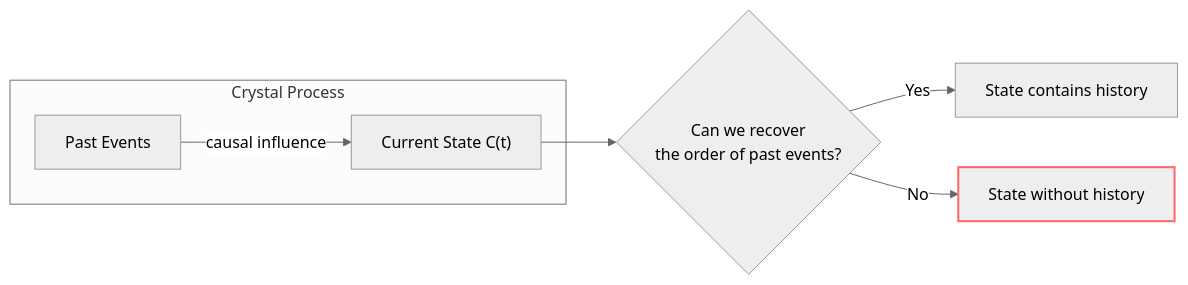
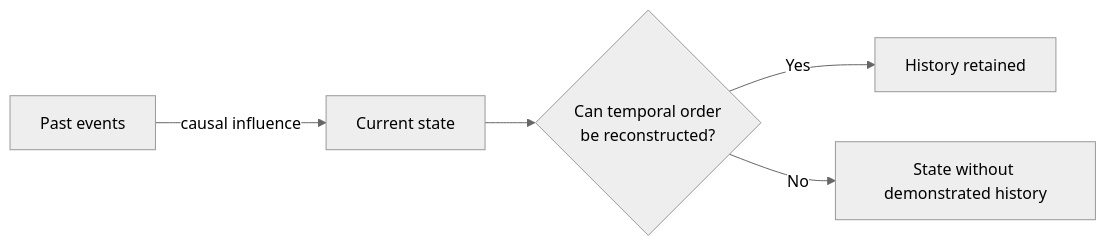
The fourth of 5 diagrams in content/books/digital-life/14-the-digital-crystal/index.md (ernanhughes/Digital-Life), drawn with Mermaid (neutral theme) before and after one commit. The commit also changed other lines of this file, not shown here.

````diff
--- a/content/books/digital-life/14-the-digital-crystal/index.md
+++ b/content/books/digital-life/14-the-digital-crystal/index.md
@@ -886,10 +1333,7 @@
 ```mermaid
 flowchart LR
-    subgraph Crystal Process
-    A[Past Events] -->|causal influence| B["Current State C(t)"]
-    end
-    B --> C{Can we recover<br/>the order of past events?}
-    C -->|Yes| D[State contains history]
-    C -->|No| E[State without history]
-    style E stroke:#f66,stroke-width:2px
+    P["Past events"] -->|causal influence| S["Current state"]
+    S --> Q{"Can temporal order<br/>be reconstructed?"}
+    Q -- Yes --> H["History retained"]
+    Q -- No --> N["State without demonstrated history"]
 ```
````
